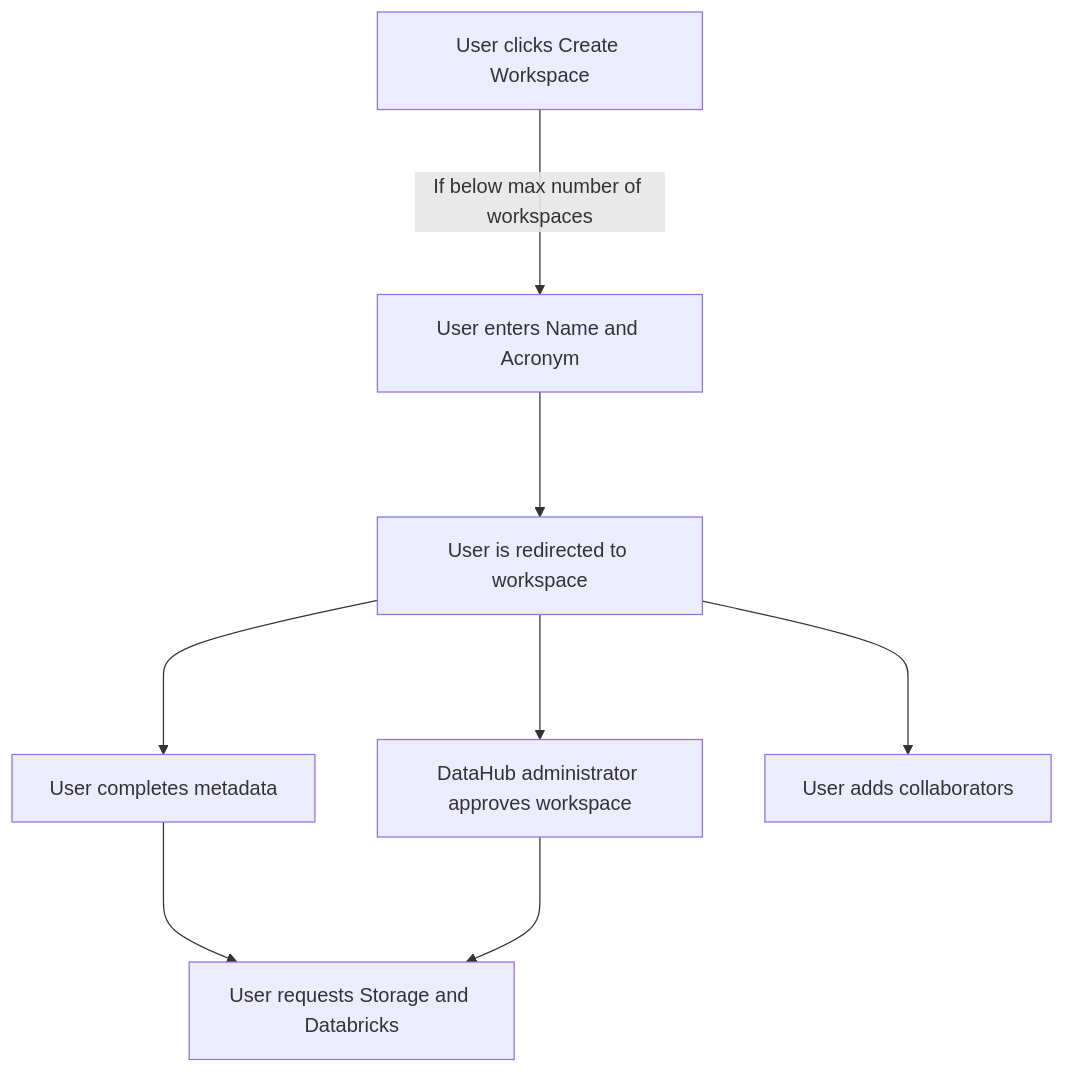
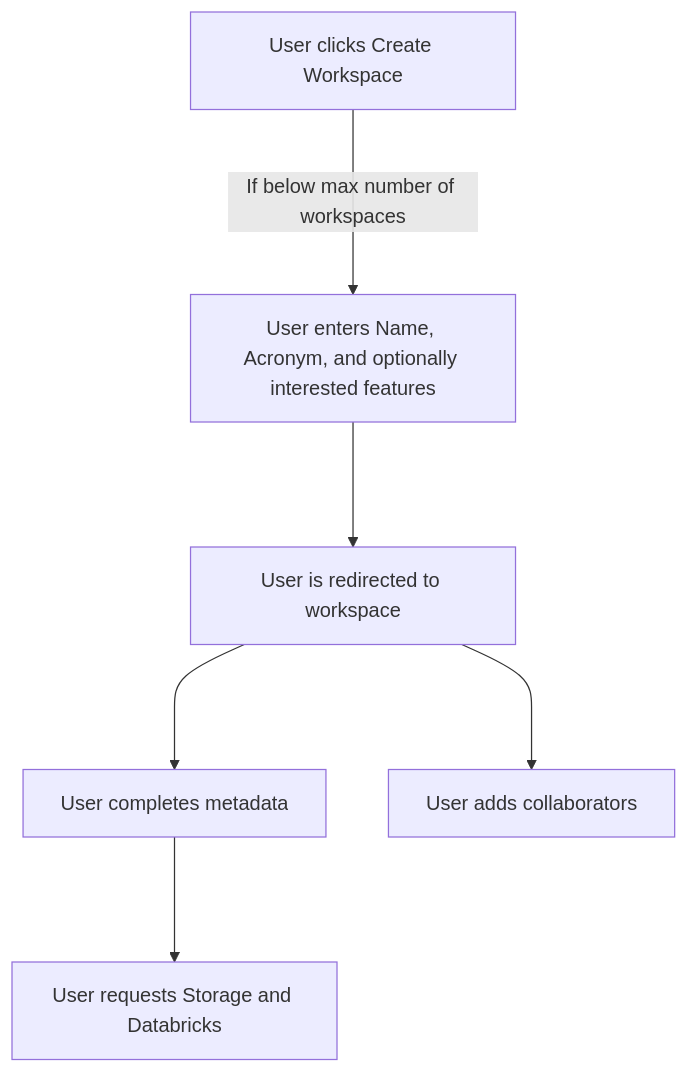
One commit to ssc-sp/datahub-docs changed the third of 4 diagrams in UserGuide/Onboarding/OnboardingSummary.md. Above: the diagram before and after it, drawn with Mermaid. The commit also changed other lines of this file, not shown here.

````diff
--- a/UserGuide/Onboarding/OnboardingSummary.md
+++ b/UserGuide/Onboarding/OnboardingSummary.md
@@ -63,17 +56,14 @@
 ```mermaid
 flowchart TD
     A[User clicks Create Workspace]
-    B[User enters Name and Acronym]
+    B[User enters Name, Acronym, and optionally interested features]
     C[User is redirected to workspace]
     D[User completes metadata]
-    E[DataHub administrator approves workspace]
     F[User requests Storage and Databricks]
     G[User adds collaborators]
     A ---> |If below max number of workspaces|B
     B ---> C
     C ---> D
-    C ---> E
     C ---> G
     D ---> F
-    E ---> F
 ```
````
